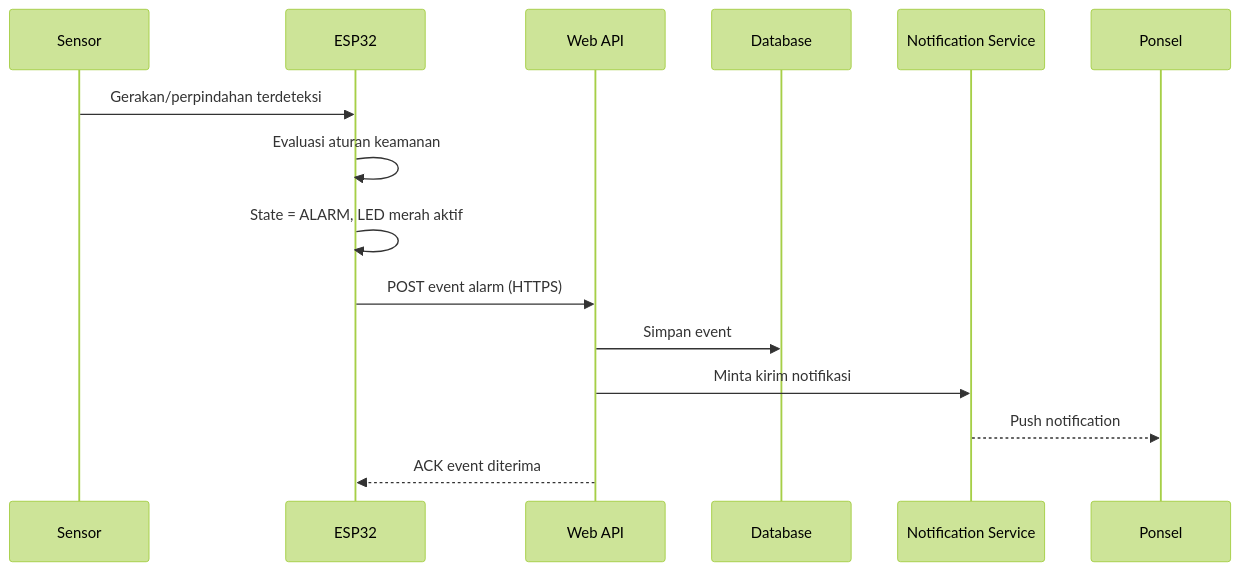
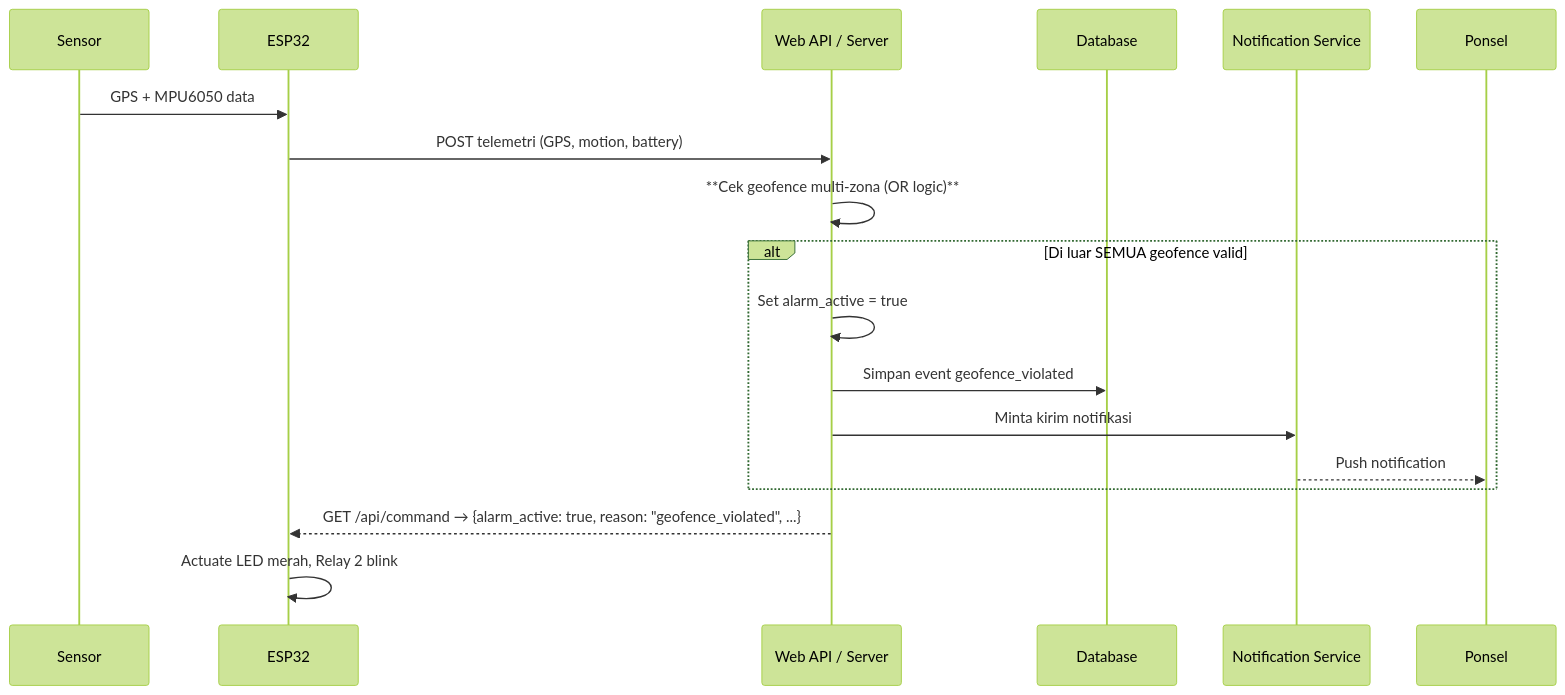
One commit to FahmiFirdaus7/Smart-Theft-IoT changed the second of 5 diagrams in docs/SMARTGUARD_Core_v5.1_Clean.md. Above: the diagram before and after it, drawn with Mermaid (forest theme). The commit also changed other lines of this file and 27 other files, not shown here.

````diff
--- a/docs/SMARTGUARD_Core_v5.1_Clean.md
+++ b/docs/SMARTGUARD_Core_v5.1_Clean.md
@@ -158,18 +162,21 @@
 ```mermaid
 sequenceDiagram
     participant S as Sensor
     participant E as ESP32
-    participant A as Web API
+    participant A as Web API / Server
     participant D as Database
     participant N as Notification Service
     participant P as Ponsel
 
-    S->>E: Gerakan/perpindahan terdeteksi
-    E->>E: Evaluasi aturan keamanan
-    E->>E: State = ALARM, LED merah aktif
-    E->>A: POST event alarm (HTTPS)
-    A->>D: Simpan event
-    A->>N: Minta kirim notifikasi
-    N-->>P: Push notification
-    A-->>E: ACK event diterima
+    S->>E: GPS + MPU6050 data
+    E->>A: POST telemetri (GPS, motion, battery)
+    A->>A: **Cek geofence multi-zona (OR logic)**
+    alt Di luar SEMUA geofence valid
+        A->>A: Set alarm_active = true
+        A->>D: Simpan event geofence_violated
+        A->>N: Minta kirim notifikasi
+        N-->>P: Push notification
+    end
+    A-->>E: GET /api/command → {alarm_active: true, reason: "geofence_violated", ...}
+    E->>E: Actuate LED merah, Relay 2 blink
 ```
````
